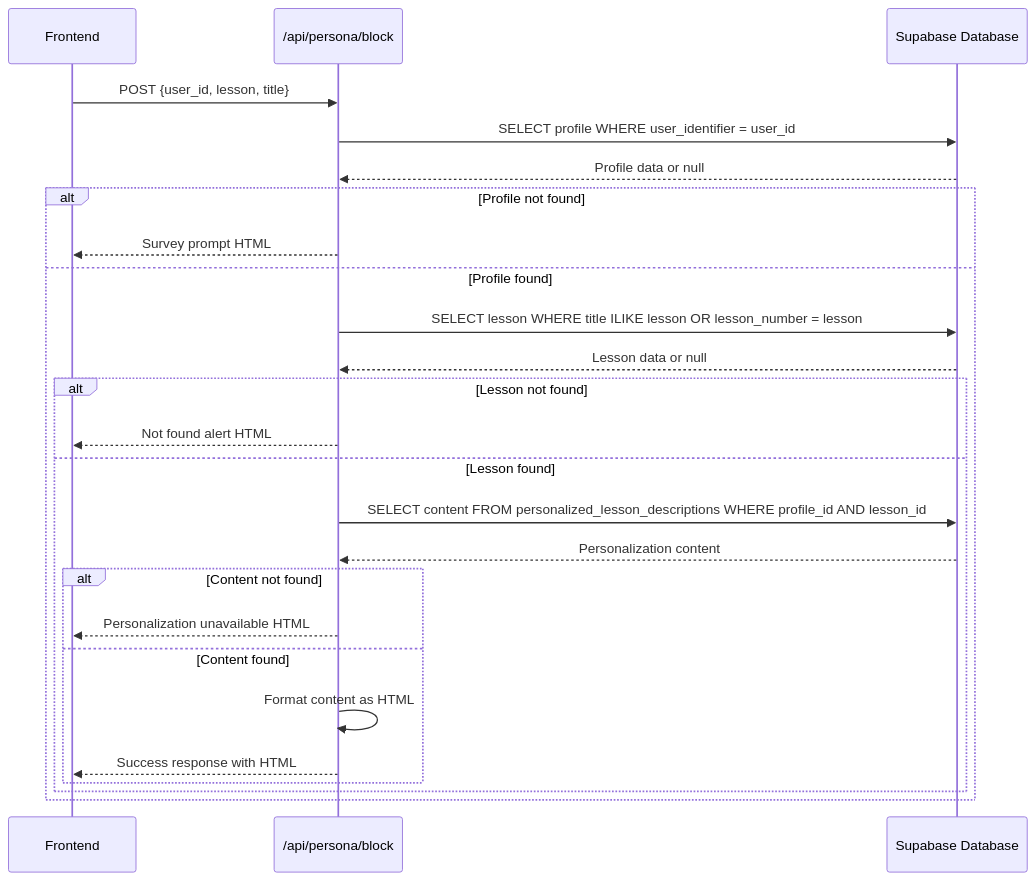
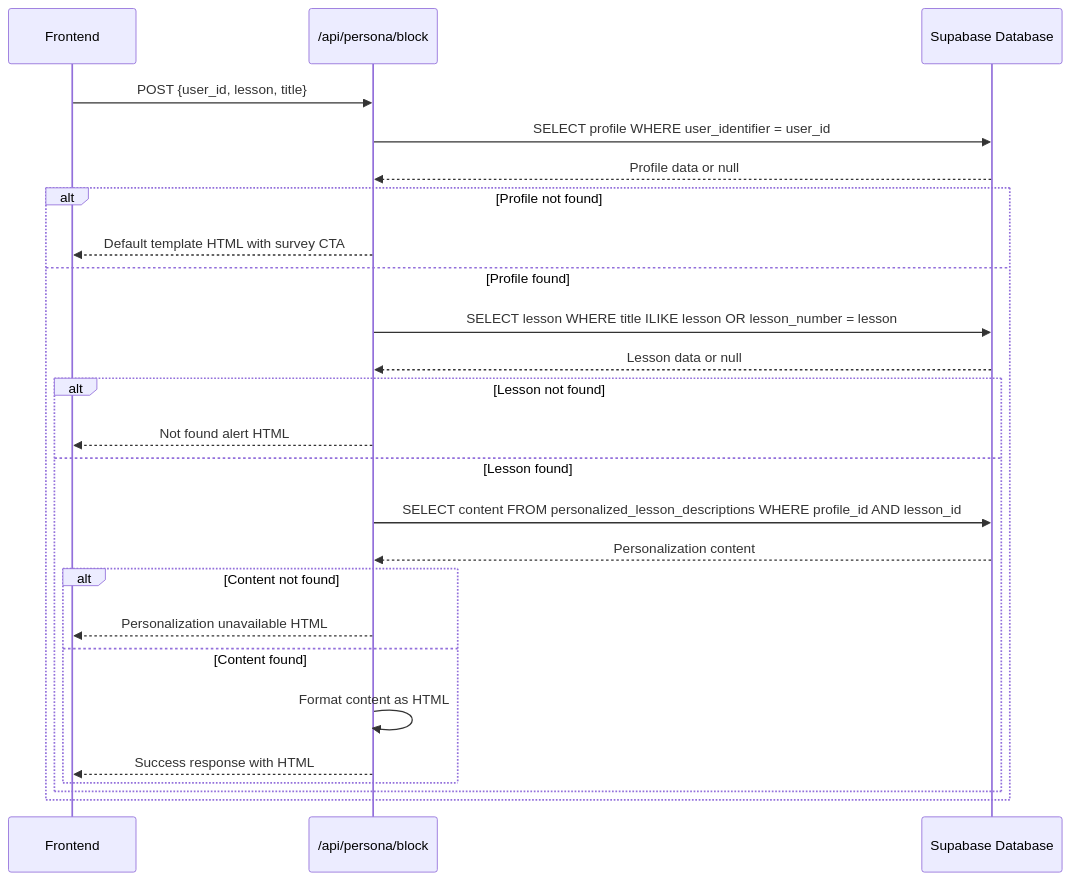
The third of 5 diagrams in .qoder/repowiki/en/content/API Reference/POST _api_persona_block.md (lommaks777/pesonalisev2), drawn with Mermaid before and after one commit. The commit also changed other lines of this file and 16 other files, not shown here.

First line of the commit message:
feat(api): add CORS support and default template fallback for persona endpoints

````diff
--- a/.qoder/repowiki/en/content/API Reference/POST _api_persona_block.md
+++ b/.qoder/repowiki/en/content/API Reference/POST _api_persona_block.md
@@ -102,27 +114,27 @@
 ```mermaid
 sequenceDiagram
 participant Frontend
 participant API as /api/persona/block
 participant DB as Supabase Database
 Frontend->>API : POST {user_id, lesson, title}
 API->>DB : SELECT profile WHERE user_identifier = user_id
 DB-->>API : Profile data or null
 alt Profile not found
-API-->>Frontend : Survey prompt HTML
+API-->>Frontend : Default template HTML with survey CTA
 else Profile found
 API->>DB : SELECT lesson WHERE title ILIKE lesson OR lesson_number = lesson
 DB-->>API : Lesson data or null
 alt Lesson not found
 API-->>Frontend : Not found alert HTML
 else Lesson found
 API->>DB : SELECT content FROM personalized_lesson_descriptions WHERE profile_id AND lesson_id
 DB-->>API : Personalization content
 alt Content not found
 API-->>Frontend : Personalization unavailable HTML
 else Content found
 API->>API : Format content as HTML
 API-->>Frontend : Success response with HTML
 end
 end
 end
 ```
````
